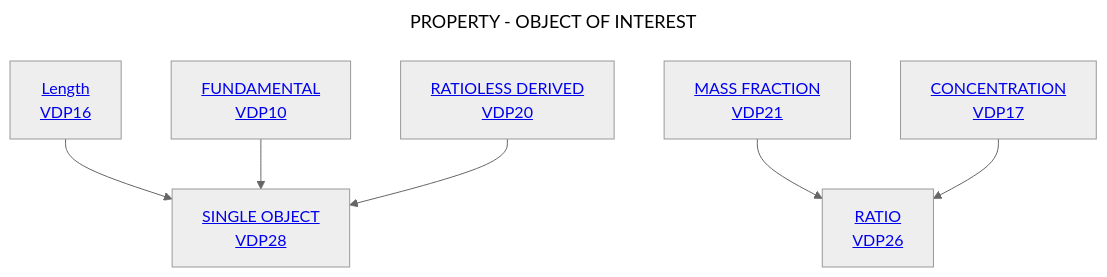
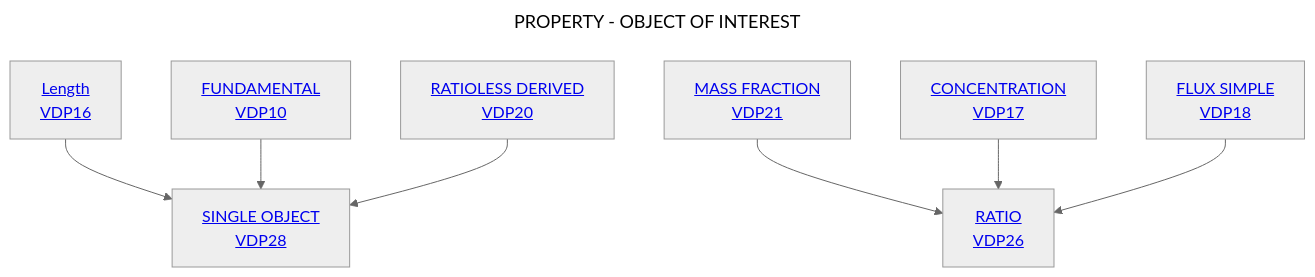
Before and after one commit to mabablue/I-ADOPT-patterns-playground: the diagram in Decisition_trees/DT6.mmd, drawn with Mermaid (neutral theme).

```diff
--- a/Decisition_trees/DT6.mmd
+++ b/Decisition_trees/DT6.mmd
@@ -1,9 +1,10 @@
 ---
 title: PROPERTY - OBJECT OF INTEREST
 ---
 flowchart TD
     A[<a href='https://github.com/mabablue/I-ADOPT-patterns-playground/blob/main/pattern/VDP16.yaml'>Length <br> VDP16</a>] --> C[<a href='https://github.com/mabablue/I-ADOPT-patterns-playground/blob/main/pattern/VDP16.yaml'>SINGLE OBJECT <br> VDP28</a>]
     B[<a href='https://github.com/mabablue/I-ADOPT-patterns-playground/blob/main/pattern/VDP10.yaml'>FUNDAMENTAL <br> VDP10</a>]  --> C
     D[<a href='https://github.com/mabablue/I-ADOPT-patterns-playground/blob/main/pattern/VDP10.yaml'>RATIOLESS DERIVED <br> VDP20</a>] --> C
     E[<a href='https://github.com/mabablue/I-ADOPT-patterns-playground/blob/main/pattern/VDP10.yaml'>MASS FRACTION <br> VDP21</a>] --> F[<a href='https://github.com/mabablue/I-ADOPT-patterns-playground/blob/main/pattern/VDP16.yaml'>RATIO <br> VDP26</a>]
     G[<a href='https://github.com/mabablue/I-ADOPT-patterns-playground/blob/main/pattern/VDP10.yaml'>CONCENTRATION <br> VDP17</a>] --> F
+    H[<a href='https://github.com/mabablue/I-ADOPT-patterns-playground/blob/main/pattern/VDP10.yaml'>FLUX SIMPLE <br> VDP18</a>] --> F
```
